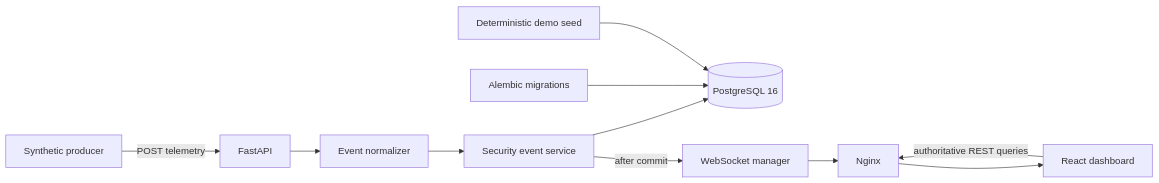
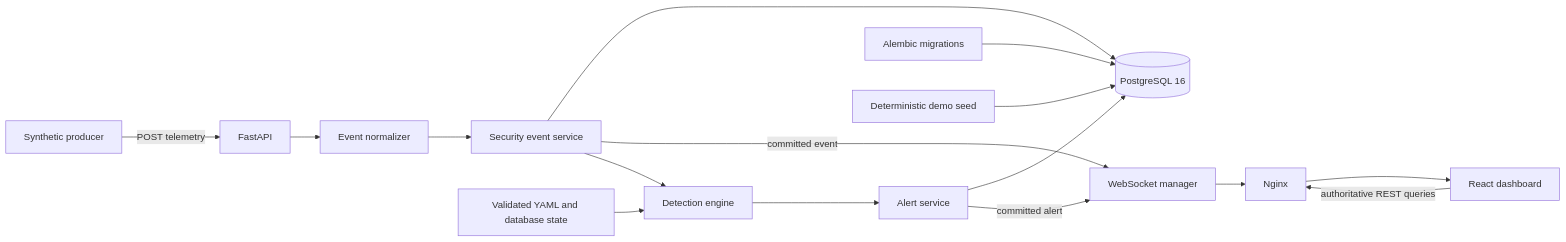
One commit to Mayroskapnos/sentinel-security-platform changed the diagram in README.md. Above: the diagram before and after it, drawn with Mermaid. The commit also changed other lines of this file and 60 other files, not shown here.

Commit message:
feat: implement detection engine and alert workflow

````diff
--- a/README.md
+++ b/README.md
@@ -32,13 +36,18 @@
 ```mermaid
 flowchart LR
     Producer[Synthetic producer] -->|POST telemetry| API[FastAPI]
     API --> Normalizer[Event normalizer]
     Normalizer --> Service[Security event service]
     Service --> DB[(PostgreSQL 16)]
-    Service -->|after commit| WS[WebSocket manager]
+    Service -->|committed event| WS[WebSocket manager]
+    Service --> Engine[Detection engine]
+    Rules[Validated YAML and database state] --> Engine
+    Engine --> Alerts[Alert service]
+    Alerts --> DB
+    Alerts -->|committed alert| WS
     WS --> Proxy[Nginx]
     Proxy --> UI[React dashboard]
     UI -->|authoritative REST queries| Proxy
     Alembic[Alembic migrations] --> DB
     Seed[Deterministic demo seed] --> DB
 ```
````
